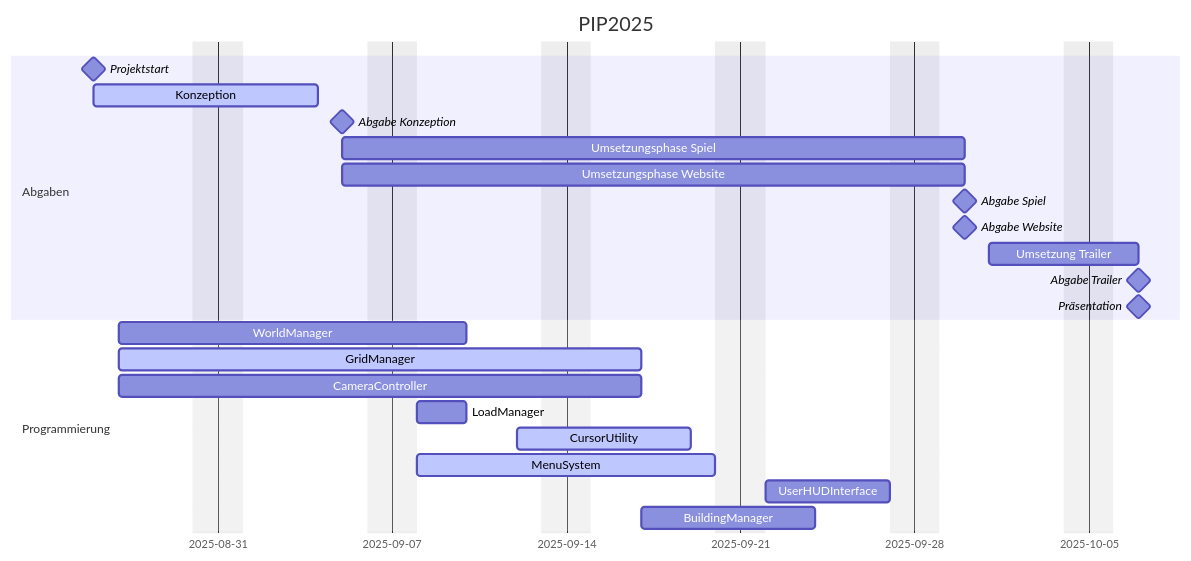
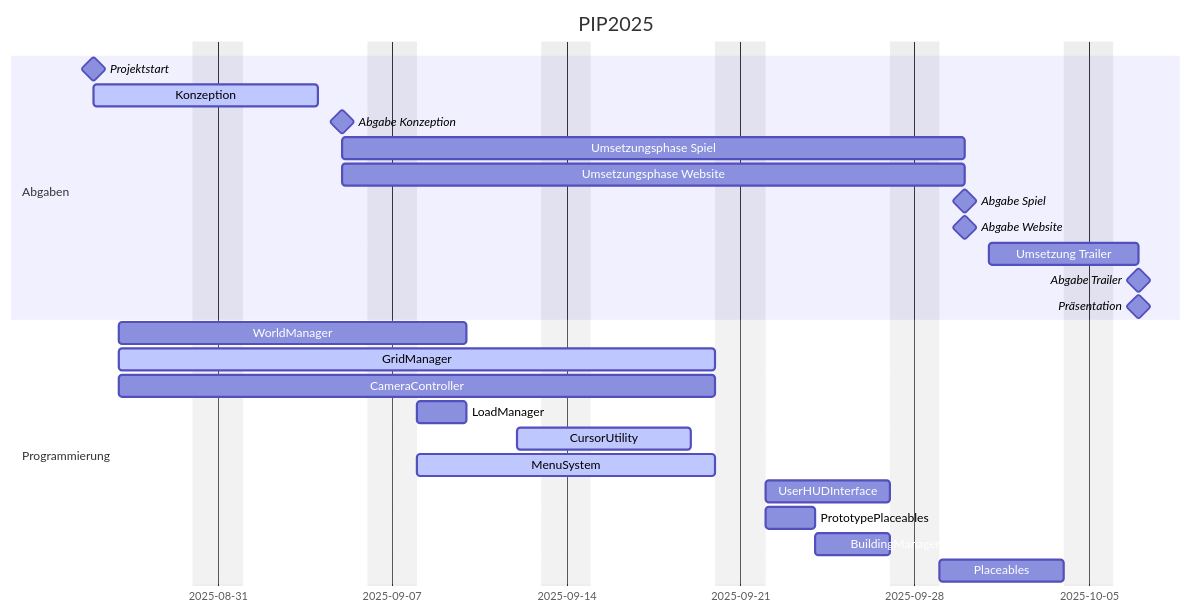
One commit to Gruppe-8-PIP-2025/projekt changed the diagram in README.md. Above: the diagram before and after it, drawn with Mermaid.

````diff
--- a/README.md
+++ b/README.md
@@ -2,37 +2,38 @@
 ```mermaid
 gantt
     title PIP2025
     dateFormat  YYYY-MM-DD
     excludes    weekends
 %%%%%%%%%%%%%%%%%%
 %%   Abgaben    %%
 %%%%%%%%%%%%%%%%%%
 
 section Abgaben
 
 Projektstart            : milestone,  m0,   2025-08-26,     0d
 Konzeption              : active,     k0,   after m0,       2025-09-04
 Abgabe Konzeption       : milestone,  m1,   2025-09-05,     0d
 Umsetzungsphase Spiel   :             g1,   2025-09-05,     2025-09-30
 Umsetzungsphase Website :             g2,   2025-09-05,     2025-09-30
 Abgabe Spiel            : milestone,  m2,   2025-09-30,     0d
 Abgabe Website          : milestone,  m3,   2025-09-30,     0d
 Umsetzung Trailer       :             g2,   2025-10-01,     2025-10-07 
 Abgabe Trailer          : milestone,  m4,   2025-10-07,     0d
 Präsentation            : milestone,  m5,   2025-10-07,     0d
 
 %%%%%%%%%%%%%%%%%%%%
 %% Programmierung %%
 %%%%%%%%%%%%%%%%%%%%
 section Programmierung
 
 WorldManager           : worldmanager, 2025-08-27, 2025-09-10
-GridManager            : active, gridmanager, 2025-08-27, 15d
-CameraController       : cameracontroller, 2025-08-27, 15d
+GridManager            : active, gridmanager, 2025-08-27, 18d
+CameraController       : cameracontroller, 2025-08-27, 18d
 LoadManager            : loadmanager, 2025-09-08, 2025-09-10
 CursorUtility          : active, cursorutility, 2025-09-12, 5d
 MenuSystem             : active, menusystem, 2025-09-08, 10d
 UserHUDInterface       : userhudinterface, after menusystem, 5d
-BuildingManager        : buildingmanager, after gridmanager cameracontroller, 5d
-
+PrototypePlaceables    : prototypeplaceables, after gridmanager cameracontroller, 2d 
+BuildingManager        : buildingmanager, after prototypeplaceables, 3d
+Placeables             : placeables, after buildingmanager, 5d
 ```
````
